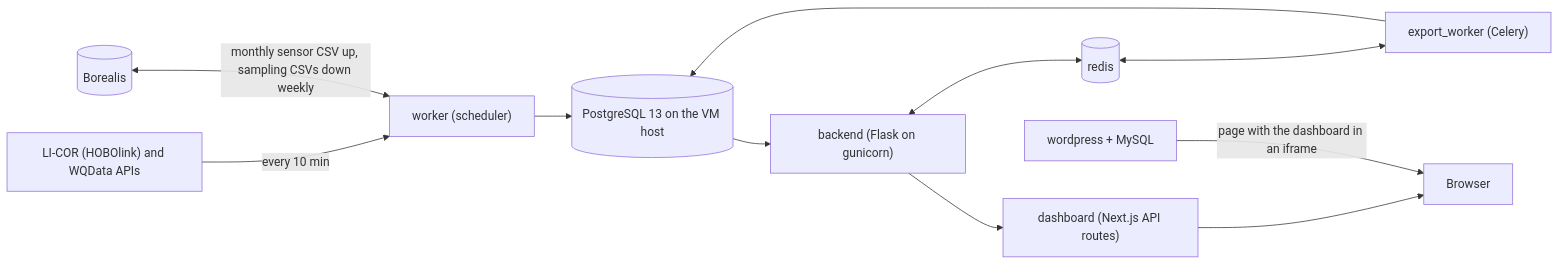
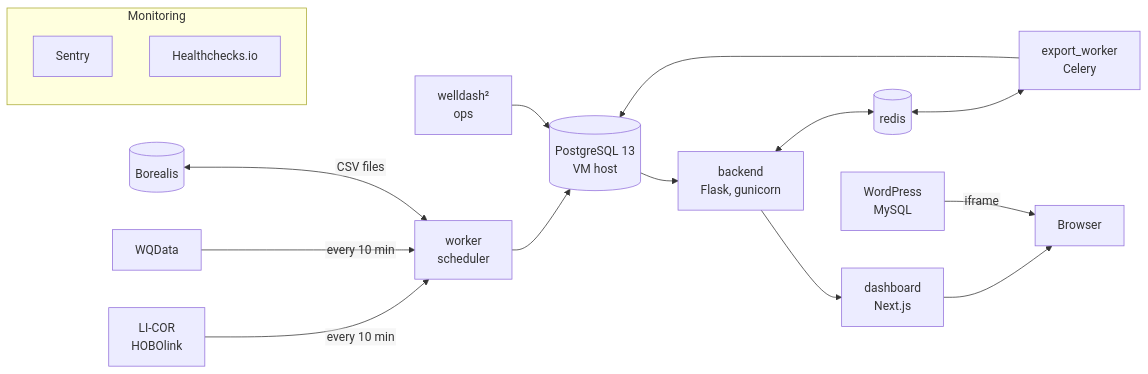
The diagram in README.md (ARCO-Lab/WELLWebsite), drawn with Mermaid before and after one commit. The commit also changed other lines of this file, not shown here.

Commit message:
Rewrite the README architecture diagram so GitHub shows every label in full
GitHub's Mermaid renderer cut the long node and edge labels off ("LI-COR (HOBOlin...",
"monthly sensor CSV up, sam..."). The labels are now a word or two per line, drawn as
plain SVG text instead of HTML, and the detail they carried moved into the numbered list
under the diagram, which now also covers WordPress and welldash².

````diff
--- a/README.md
+++ b/README.md
@@ -22,13 +22,20 @@
 ```mermaid
+%%{init: {"flowchart": {"htmlLabels": false}}}%%
 flowchart LR
-  vendors["LI-COR (HOBOlink) and WQData APIs"] -->|every 10 min| worker
-  borealis[("Borealis")] <-->|monthly sensor CSV up, sampling CSVs down weekly| worker
-  worker["worker (scheduler)"] --> pg[("PostgreSQL 13 on the VM host")]
-  pg --> backend["backend (Flask on gunicorn)"]
+  licor["LI-COR<br/>HOBOlink"] -->|every 10 min| worker
+  wqdata["WQData"] -->|every 10 min| worker
+  borealis[("Borealis")] <-->|CSV files| worker
+  worker["worker<br/>scheduler"] --> pg[("PostgreSQL 13<br/>VM host")]
+  pg --> backend["backend<br/>Flask, gunicorn"]
   backend <--> redis[("redis")]
-  redis <--> exp["export_worker (Celery)"]
+  redis <--> exp["export_worker<br/>Celery"]
   exp --> pg
-  backend --> nxt["dashboard (Next.js API routes)"]
+  backend --> nxt["dashboard<br/>Next.js"]
   nxt --> browser["Browser"]
-  wp["wordpress + MySQL"] -->|page with the dashboard in an iframe| browser
+  wp["WordPress<br/>MySQL"] -->|iframe| browser
+  ops["welldash²<br/>ops"] --> pg
+  subgraph mon["Monitoring"]
+    sentry["Sentry"]
+    hc["Healthchecks.io"]
+  end
 ```
````
